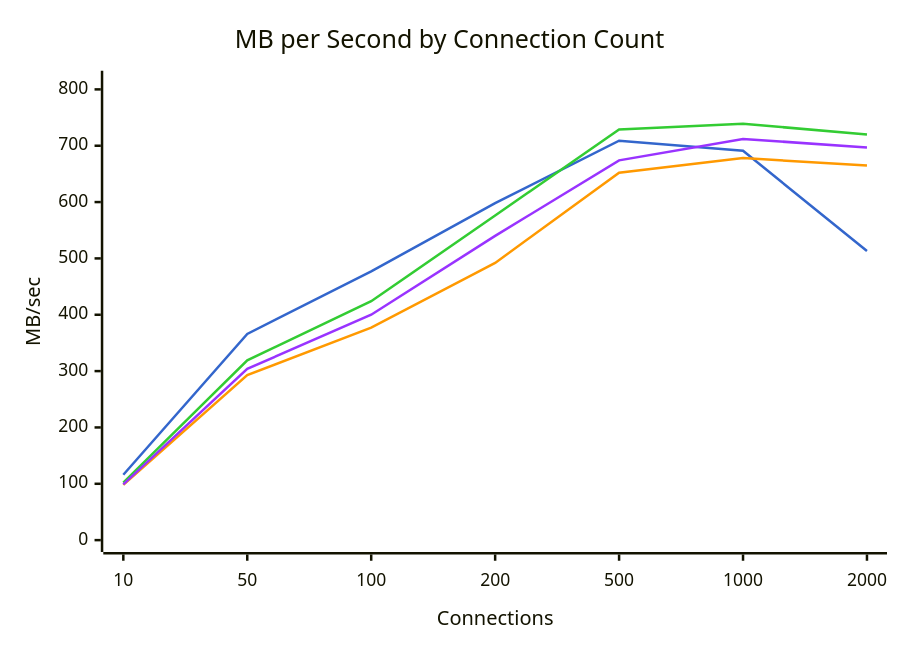
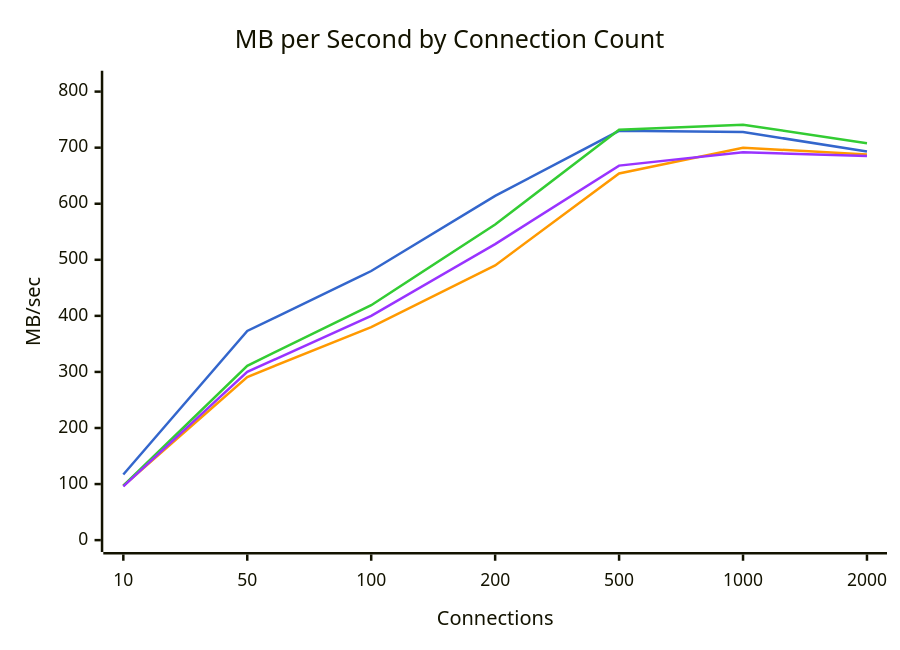
The second of 6 diagrams in docs/Bench/Azure/Standard_D8s_v5.md (youyuanwu/bypass-misc), drawn with Mermaid before and after one commit. The commit also changed other lines of this file and 5 other files, not shown here.

````diff
--- a/docs/Bench/Azure/Standard_D8s_v5.md
+++ b/docs/Bench/Azure/Standard_D8s_v5.md
@@ -62,16 +62,16 @@
 ```mermaid
 ---
 config:
     themeVariables:
         xyChart:
             plotColorPalette: "#3366cc, #ff9900, #33cc33, #9933ff"
 ---
 xychart-beta
     title "MB per Second by Connection Count"
     x-axis "Connections" [10, 50, 100, 200, 500, 1000, 2000]
-    y-axis "MB/sec" 0 --> 812
-    line "dpdk" [116, 366, 477, 598, 709, 691, 513]
-    line "tokio" [98, 293, 377, 492, 652, 678, 665]
-    line "tokio-local" [102, 319, 424, 576, 729, 739, 720]
-    line "kimojio" [99, 304, 400, 540, 674, 712, 697]
+    y-axis "MB/sec" 0 --> 816
+    line "dpdk" [117, 373, 480, 614, 730, 728, 693]
+    line "tokio" [97, 291, 380, 490, 654, 700, 688]
+    line "tokio-local" [97, 311, 419, 563, 732, 741, 708]
+    line "kimojio" [96, 300, 400, 528, 668, 692, 685]
 ```
````
